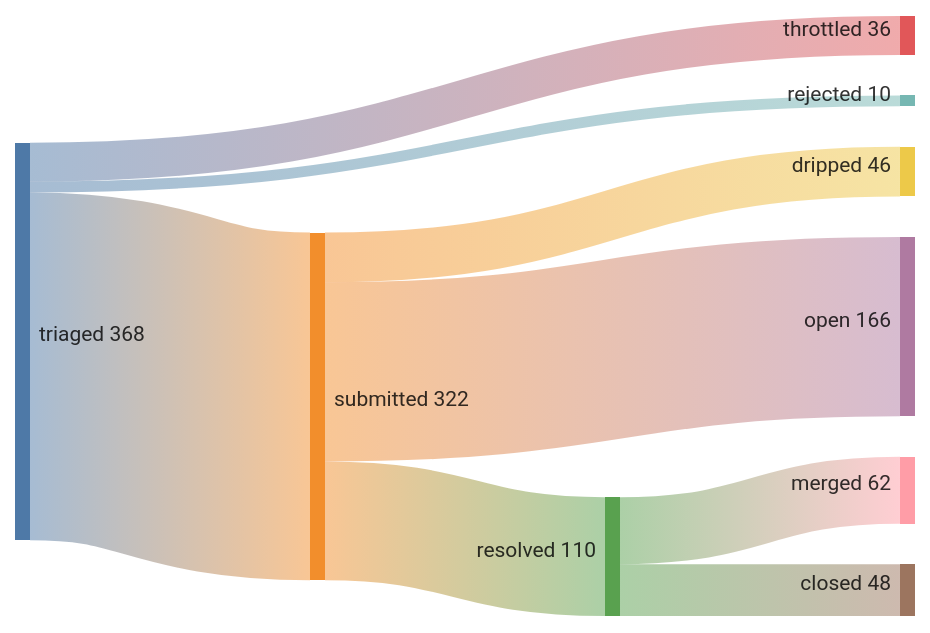
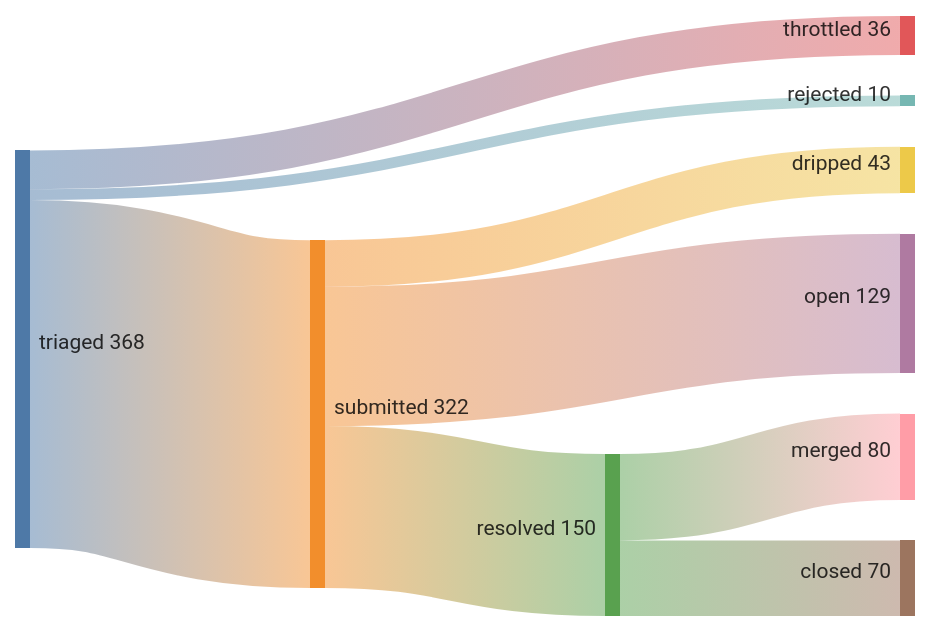
Before and after one commit to kimjune01/kimjune01: the first of 2 diagrams in README.md, drawn with Mermaid. The commit also changed other lines of this file, not shown here.

Commit message:
profile: refresh merge funnel to current (53%, 80 merged / 70 closed / 129 open as of 2026-05-20)

````diff
--- a/README.md
+++ b/README.md
@@ -5,11 +5,11 @@
 ```mermaid
 sankey-beta
     triaged,    submitted, 322
     triaged,    throttled, 36
     triaged,    rejected,  10
-    submitted,  resolved,  110
-    submitted,  dripped,   46
-    submitted,  open,      166
-    resolved,   merged,    62
-    resolved,   closed,    48
+    submitted,  resolved,  150
+    submitted,  dripped,   43
+    submitted,  open,      129
+    resolved,   merged,    80
+    resolved,   closed,    70
 ```
````
